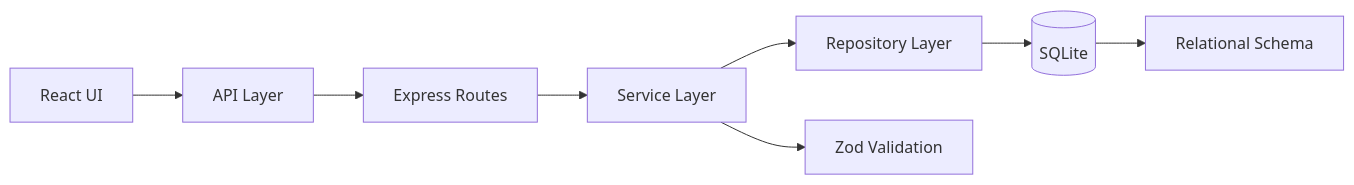
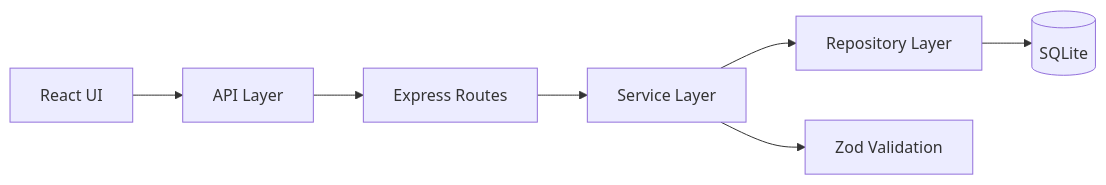
The first of 2 diagrams in README.md (Mohd-Ashad04/taskflow), drawn with Mermaid before and after one commit. The commit also changed other lines of this file, not shown here.

````diff
--- a/README.md
+++ b/README.md
@@ -164,12 +142,10 @@
 ```mermaid
 flowchart LR
-    UI["React UI"] --> API["API Layer"]
-    API --> ROUTES["Express Routes"]
-    ROUTES --> SERVICES["Service Layer"]
-    SERVICES --> REPOSITORIES["Repository Layer"]
-    REPOSITORIES --> DB[("SQLite")]
+    A["React UI"] --> B["API Layer"]
+    B --> C["Express Routes"]
+    C --> D["Service Layer"]
+    D --> E["Repository Layer"]
+    E --> F[("SQLite")]
 
-    SERVICES --> VALIDATION["Zod Validation"]
-
-    DB --> SCHEMA["Relational Schema"]
+    D --> G["Zod Validation"]
 ```
````
